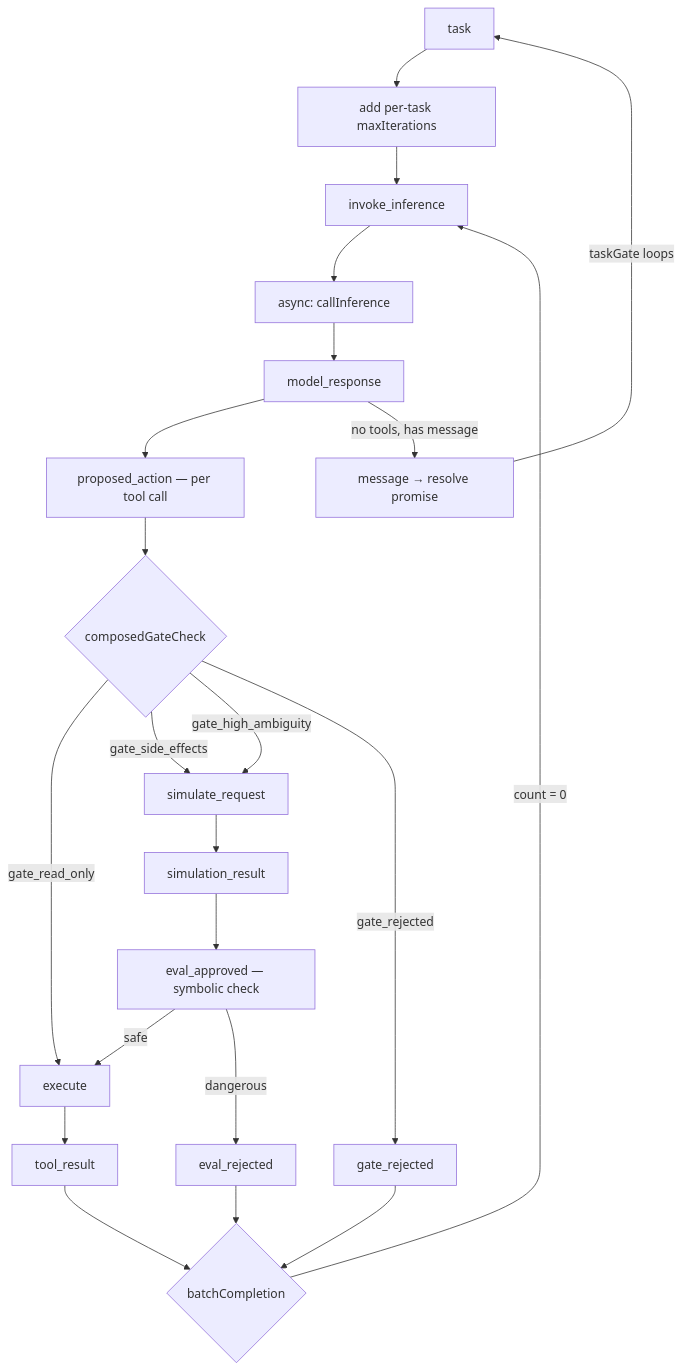
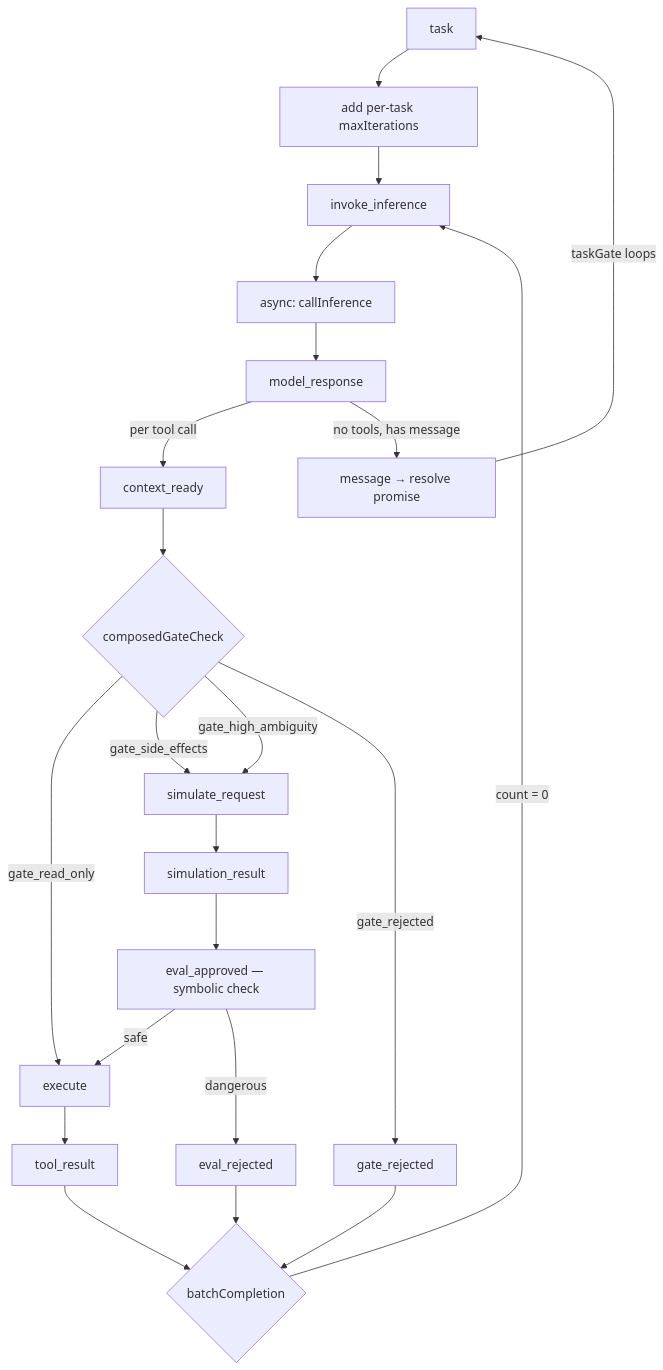
The diagram in .claude/skills/agent-build/SKILL.md (plaited/plaited), drawn with Mermaid before and after one commit. The commit also changed other lines of this file and 11 other files, not shown here.

First line of the commit message:
refactor(agent): wave 9 — per-tool-call dispatch, Narrow World View

````diff
--- a/.claude/skills/agent-build/SKILL.md
+++ b/.claude/skills/agent-build/SKILL.md
@@ -31,24 +31,24 @@
 ```mermaid
 graph TD
     TASK[task] --> DYN[add per-task maxIterations]
     DYN --> INV[invoke_inference]
     INV --> INF[async: callInference]
     INF --> MR[model_response]
-    MR --> PA[proposed_action — per tool call]
-    PA --> GATE{composedGateCheck}
+    MR -->|per tool call| CR[context_ready]
+    CR --> GATE{composedGateCheck}
     GATE -->|gate_read_only| EXEC[execute]
     GATE -->|gate_side_effects| SIM[simulate_request]
     GATE -->|gate_high_ambiguity| SIM
     GATE -->|gate_rejected| GR[gate_rejected]
     SIM --> SR[simulation_result]
-    SR --> EA_CHECK[eval_approved — symbolic check]
-    EA_CHECK -->|safe| EXEC[execute]
-    EA_CHECK -->|dangerous| ER[eval_rejected]
+    SR --> EA[eval_approved — symbolic check]
+    EA -->|safe| EXEC[execute]
+    EA -->|dangerous| ER[eval_rejected]
     EXEC --> TR[tool_result]
     GR --> BC{batchCompletion}
     ER --> BC
     TR --> BC
     BC -->|count = 0| INV
     MR -->|no tools, has message| MSG[message → resolve promise]
     MSG -->|taskGate loops| TASK
 ```
````
